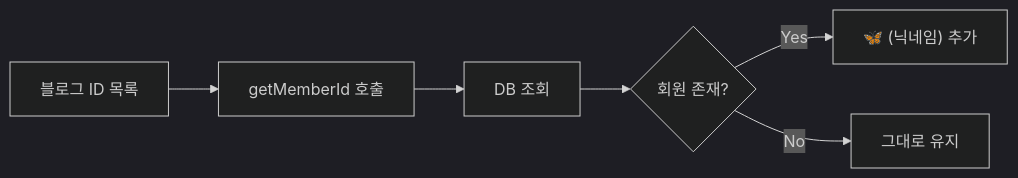
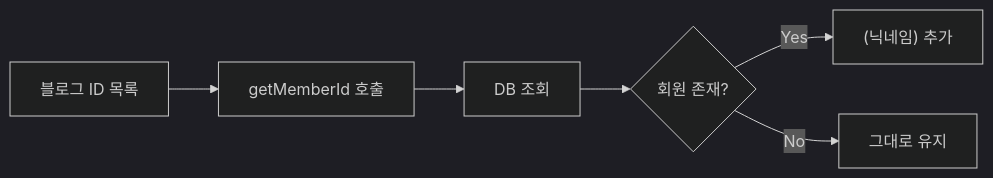
The fifth of 11 diagrams in content/Project/N사 인플루언서 마케팅/docs/03-crawling-flow.md (bis0908/fork-my-brain), drawn with Mermaid (dark theme) before and after one commit. The commit also changed 6 other files, not shown here.

````diff
--- a/content/Project/N사 인플루언서 마케팅/docs/03-crawling-flow.md
+++ b/content/Project/N사 인플루언서 마케팅/docs/03-crawling-flow.md
@@ -151,8 +151,8 @@
 ```mermaid
 flowchart LR
     A[블로그 ID 목록] --> B[getMemberId 호출]
     B --> C[DB 조회]
     C --> D{회원 존재?}
-    D -->|Yes| E["🦋 (닉네임) 추가"]
+    D -->|Yes| E[" (닉네임) 추가"]
     D -->|No| F[그대로 유지]
 ```
````
